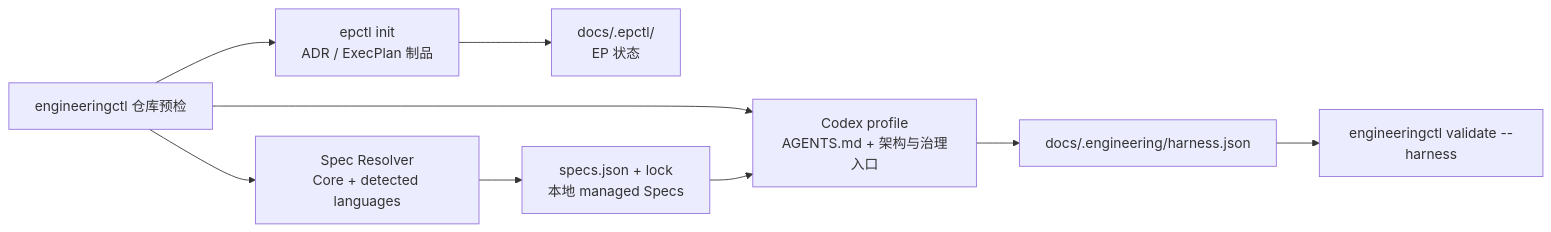
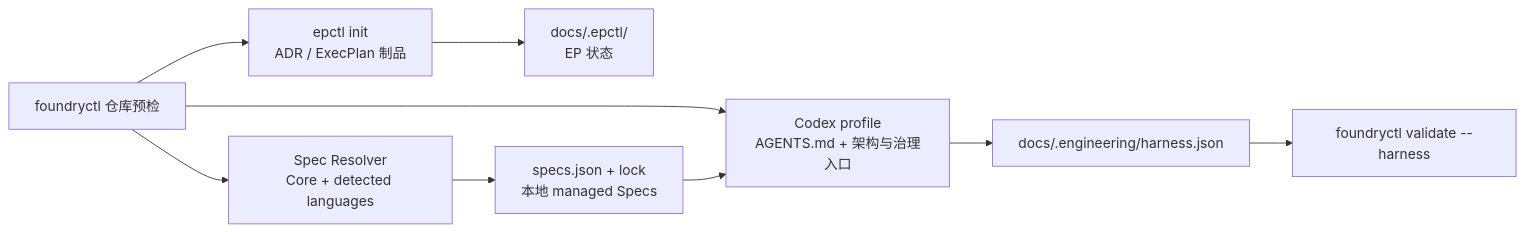
The diagram in references/bootstrap.md (XiaoWeiKIN/RepoFoundryAI), drawn with Mermaid before and after one commit. The commit also changed other lines of this file and 36 other files, not shown here.

````diff
--- a/references/bootstrap.md
+++ b/references/bootstrap.md
@@ -9,11 +9,11 @@
 ```mermaid
 flowchart LR
-    P["engineeringctl 仓库预检"] --> I["epctl init<br/>ADR / ExecPlan 制品"]
+    P["foundryctl 仓库预检"] --> I["epctl init<br/>ADR / ExecPlan 制品"]
     P --> C["Codex profile<br/>AGENTS.md + 架构与治理入口"]
     P --> S["Spec Resolver<br/>Core + detected languages"]
     I --> E["docs/.epctl/<br/>EP 状态"]
     C --> M["docs/.engineering/harness.json"]
     S --> L["specs.json + lock<br/>本地 managed Specs"]
     L --> C
-    M --> V["engineeringctl validate --harness"]
+    M --> V["foundryctl validate --harness"]
 ```
````
